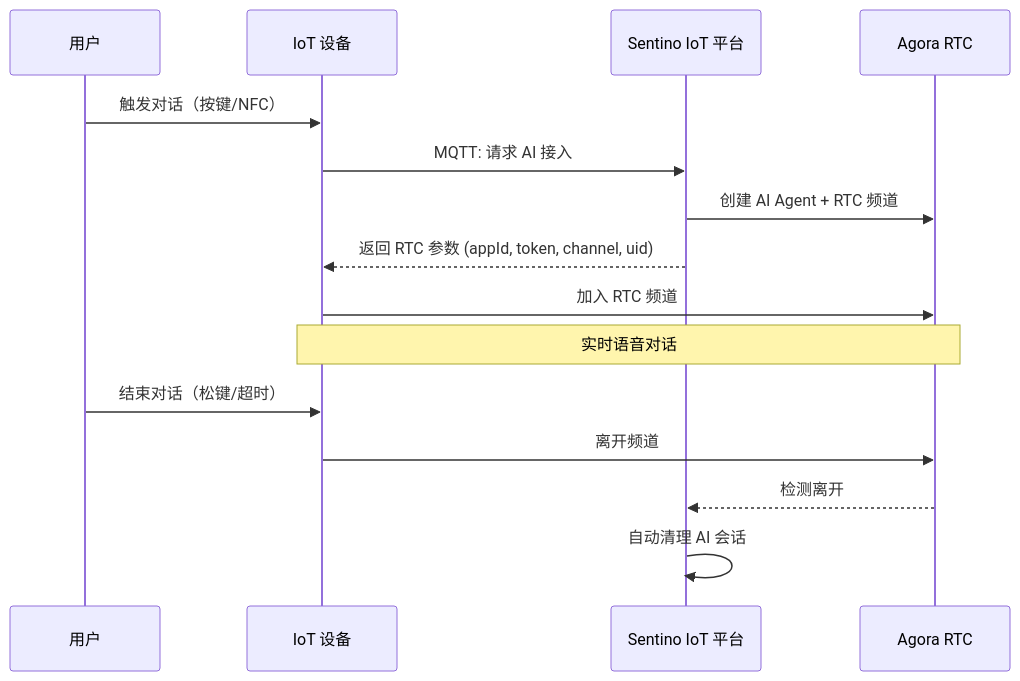
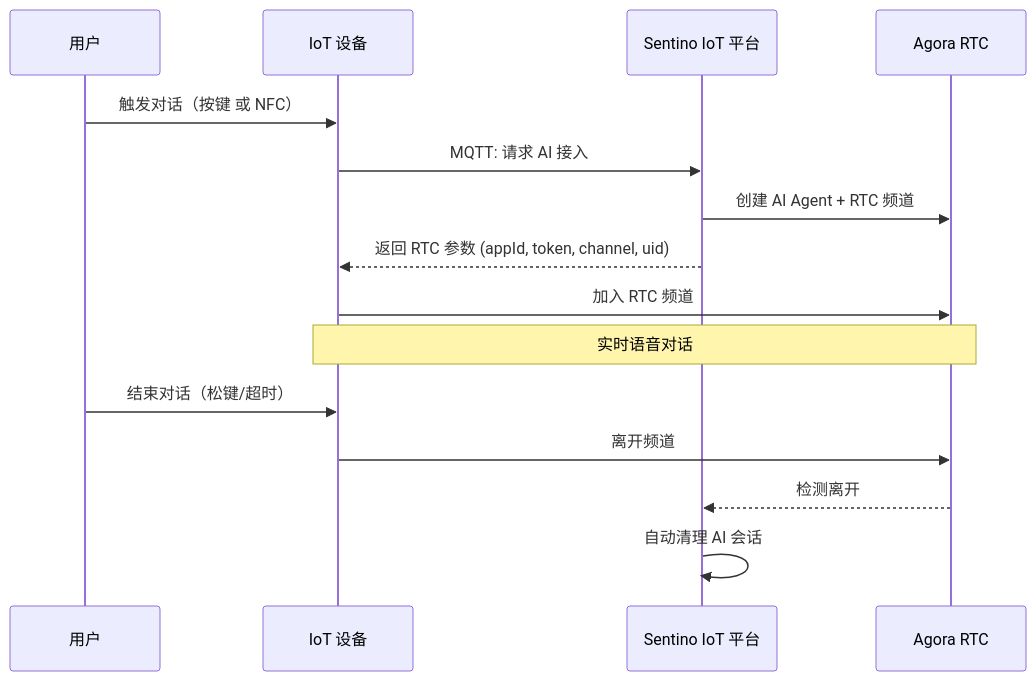
One commit to sentino-jp/iot-docs changed the fifth of 5 diagrams in architecture.md. Above: the diagram before and after it, drawn with Mermaid. The commit also changed other lines of this file and 6 other files, not shown here.

````diff
--- a/architecture.md
+++ b/architecture.md
@@ -205,20 +205,20 @@
 ```mermaid
 sequenceDiagram
     participant User as 用户
     participant Device as IoT 设备
     participant Cloud as Sentino IoT 平台
     participant Agora as Agora RTC
 
-    User->>Device: 触发对话（按键/NFC）
+    User->>Device: 触发对话（按键 或 NFC）
     Device->>Cloud: MQTT: 请求 AI 接入
     Cloud->>Agora: 创建 AI Agent + RTC 频道
     Cloud-->>Device: 返回 RTC 参数 (appId, token, channel, uid)
 
     Device->>Agora: 加入 RTC 频道
     Note over Device,Agora: 实时语音对话
 
     User->>Device: 结束对话（松键/超时）
     Device->>Agora: 离开频道
     Agora-->>Cloud: 检测离开
     Cloud->>Cloud: 自动清理 AI 会话
 ```
````
